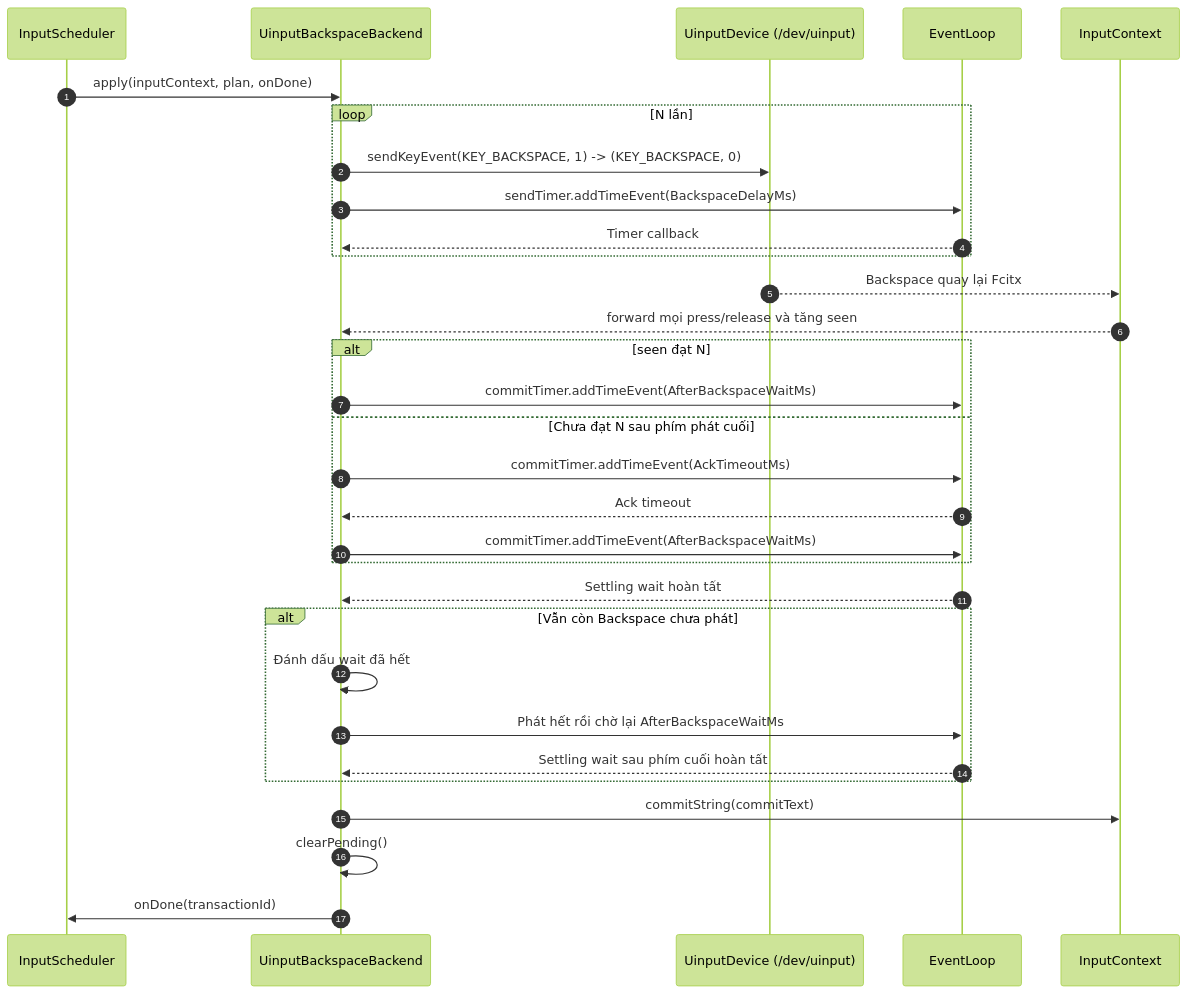
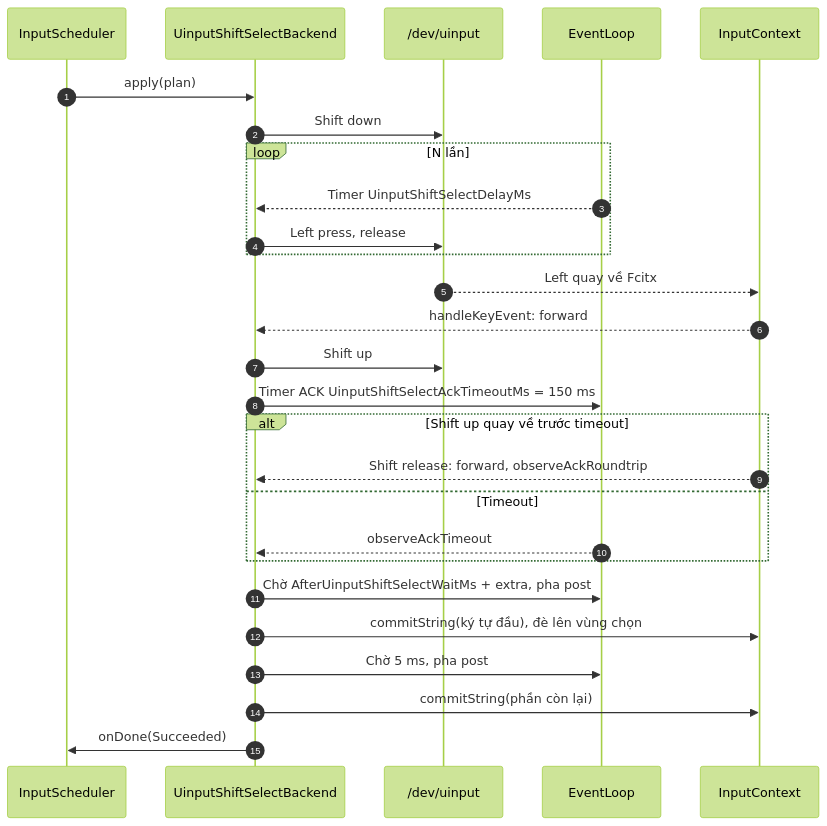
One commit to xhkzeroone/ArecaIME changed the fifth of 7 diagrams in docs/ARECA_ARCHITECTURE_SPECIFICATION.md. Above: the diagram before and after it, drawn with Mermaid (forest theme). The commit also changed other lines of this file and 5 other files, not shown here.

````diff
--- a/docs/ARECA_ARCHITECTURE_SPECIFICATION.md
+++ b/docs/ARECA_ARCHITECTURE_SPECIFICATION.md
@@ -252,36 +233,30 @@
 ```mermaid
 sequenceDiagram
     autonumber
     participant S as InputScheduler
-    participant B as UinputBackspaceBackend
-    participant DEV as UinputDevice (/dev/uinput)
+    participant B as UinputShiftSelectBackend
+    participant DEV as /dev/uinput
     participant EL as EventLoop
     participant IC as InputContext
 
-    S->>B: apply(inputContext, plan, onDone)
-    
+    S->>B: apply(plan)
+    B->>DEV: Shift down
     loop N lần
-        B->>DEV: sendKeyEvent(KEY_BACKSPACE, 1) -> (KEY_BACKSPACE, 0)
-        B->>EL: sendTimer.addTimeEvent(BackspaceDelayMs)
-        EL-->>B: Timer callback
+        EL-->>B: Timer UinputShiftSelectDelayMs
+        B->>DEV: Left press, release
     end
-
-    DEV-->>IC: Backspace quay lại Fcitx
-    IC-->>B: forward mọi press/release và tăng seen
-    alt seen đạt N
-        B->>EL: commitTimer.addTimeEvent(AfterBackspaceWaitMs)
-    else Chưa đạt N sau phím phát cuối
-        B->>EL: commitTimer.addTimeEvent(AckTimeoutMs)
-        EL-->>B: Ack timeout
-        B->>EL: commitTimer.addTimeEvent(AfterBackspaceWaitMs)
+    DEV-->>IC: Left quay về Fcitx
+    IC-->>B: handleKeyEvent: forward
+    B->>DEV: Shift up
+    B->>EL: Timer ACK UinputShiftSelectAckTimeoutMs = 150 ms
+    alt Shift up quay về trước timeout
+        IC-->>B: Shift release: forward, observeAckRoundtrip
+    else Timeout
+        EL-->>B: observeAckTimeout
     end
-    EL-->>B: Settling wait hoàn tất
-    alt Vẫn còn Backspace chưa phát
-        B->>B: Đánh dấu wait đã hết
-        B->>EL: Phát hết rồi chờ lại AfterBackspaceWaitMs
-        EL-->>B: Settling wait sau phím cuối hoàn tất
-    end
-    B->>IC: commitString(commitText)
-    B->>B: clearPending()
-    B->>S: onDone(transactionId)
+    B->>EL: Chờ AfterUinputShiftSelectWaitMs + extra, pha post
+    B->>IC: commitString(ký tự đầu), đè lên vùng chọn
+    B->>EL: Chờ 5 ms, pha post
+    B->>IC: commitString(phần còn lại)
+    B->>S: onDone(Succeeded)
 ```
````
